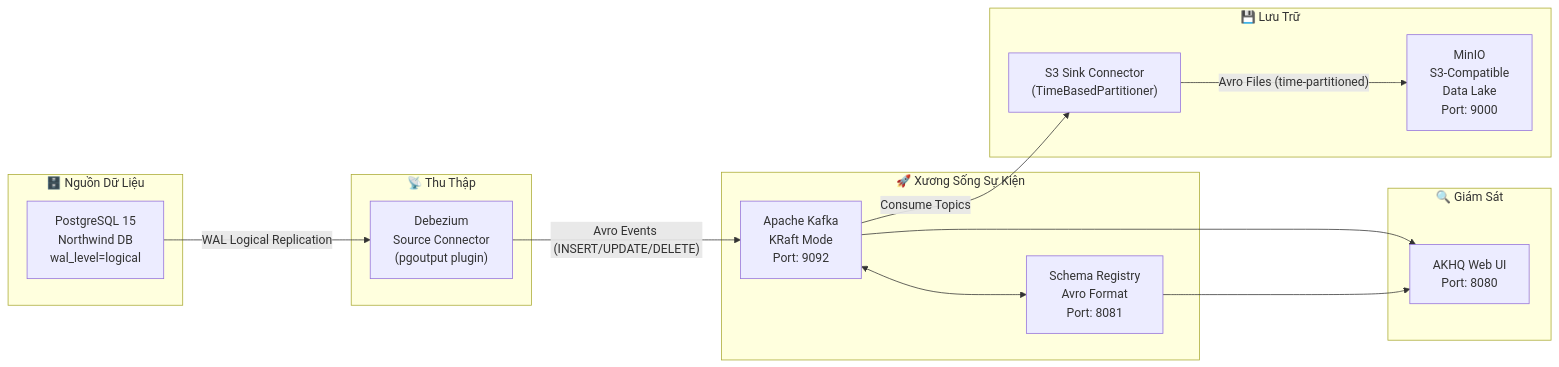
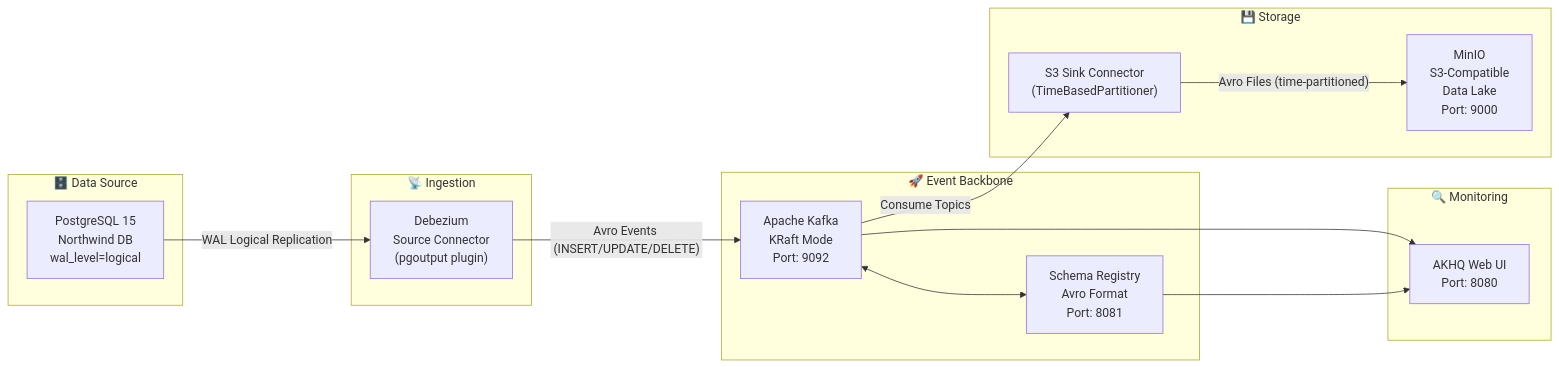
Before and after one commit to CkoThuw11/DatebayoZenith: the diagram in docs/architecture.md, drawn with Mermaid. The commit also changed other lines of this file and 10 other files, not shown here.

````diff
--- a/docs/architecture.md
+++ b/docs/architecture.md
@@ -16,32 +16,32 @@
 ```mermaid
 flowchart LR
-    subgraph SOURCE["🗄️ Nguồn Dữ Liệu"]
+    subgraph SOURCE["🗄️ Data Source"]
         PG["PostgreSQL 15\nNorthwind DB\nwal_level=logical"]
     end
 
-    subgraph INGEST["📡 Thu Thập"]
+    subgraph INGEST["📡 Ingestion"]
         DEB["Debezium\nSource Connector\n(pgoutput plugin)"]
     end
 
-    subgraph BACKBONE["🚀 Xương Sống Sự Kiện"]
+    subgraph BACKBONE["🚀 Event Backbone"]
         KAFKA["Apache Kafka\nKRaft Mode\nPort: 9092"]
         SR["Schema Registry\nAvro Format\nPort: 8081"]
     end
 
-    subgraph SINK["💾 Lưu Trữ"]
+    subgraph SINK["💾 Storage"]
         S3SINK["S3 Sink Connector\n(TimeBasedPartitioner)"]
         MINIO["MinIO\nS3-Compatible\nData Lake\nPort: 9000"]
     end
 
-    subgraph MONITOR["🔍 Giám Sát"]
+    subgraph MONITOR["🔍 Monitoring"]
         AKHQ["AKHQ Web UI\nPort: 8080"]
     end
 
     PG -- "WAL Logical Replication" --> DEB
     DEB -- "Avro Events (INSERT/UPDATE/DELETE)" --> KAFKA
     KAFKA <--> SR
     KAFKA -- "Consume Topics" --> S3SINK
     S3SINK -- "Avro Files (time-partitioned)" --> MINIO
     KAFKA --> AKHQ
     SR --> AKHQ
 ```
````
